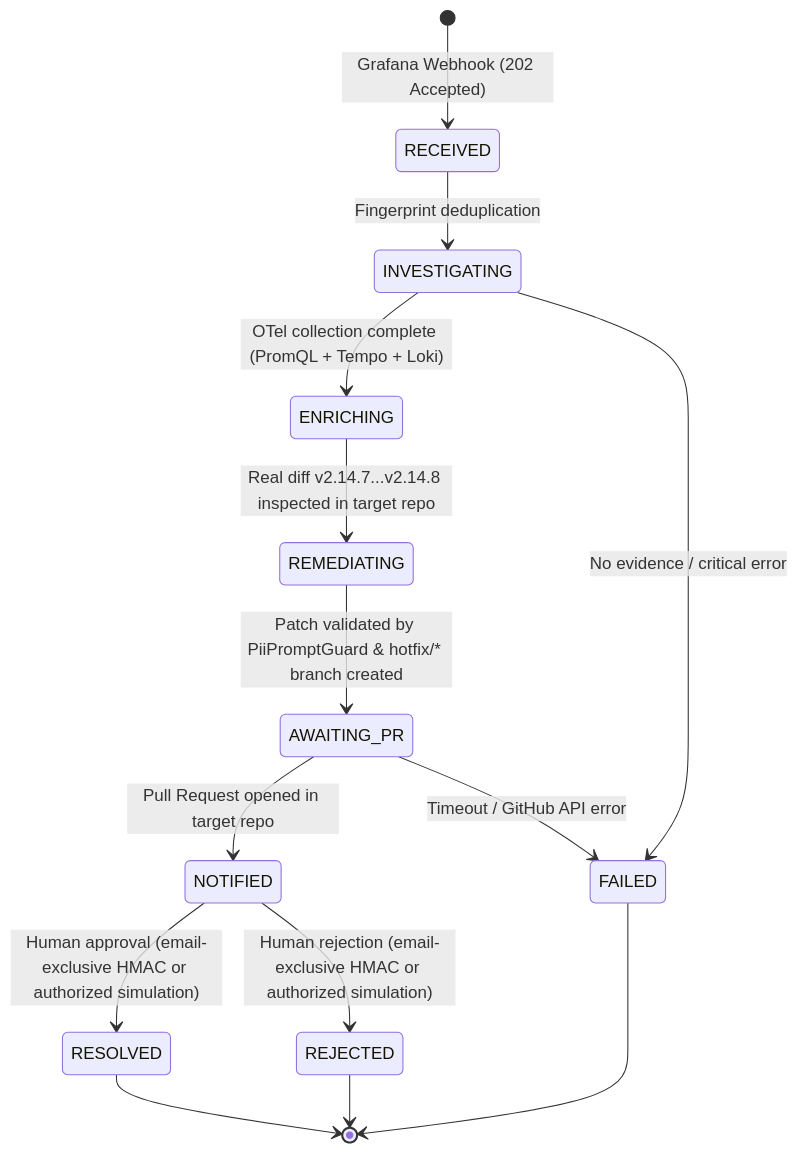
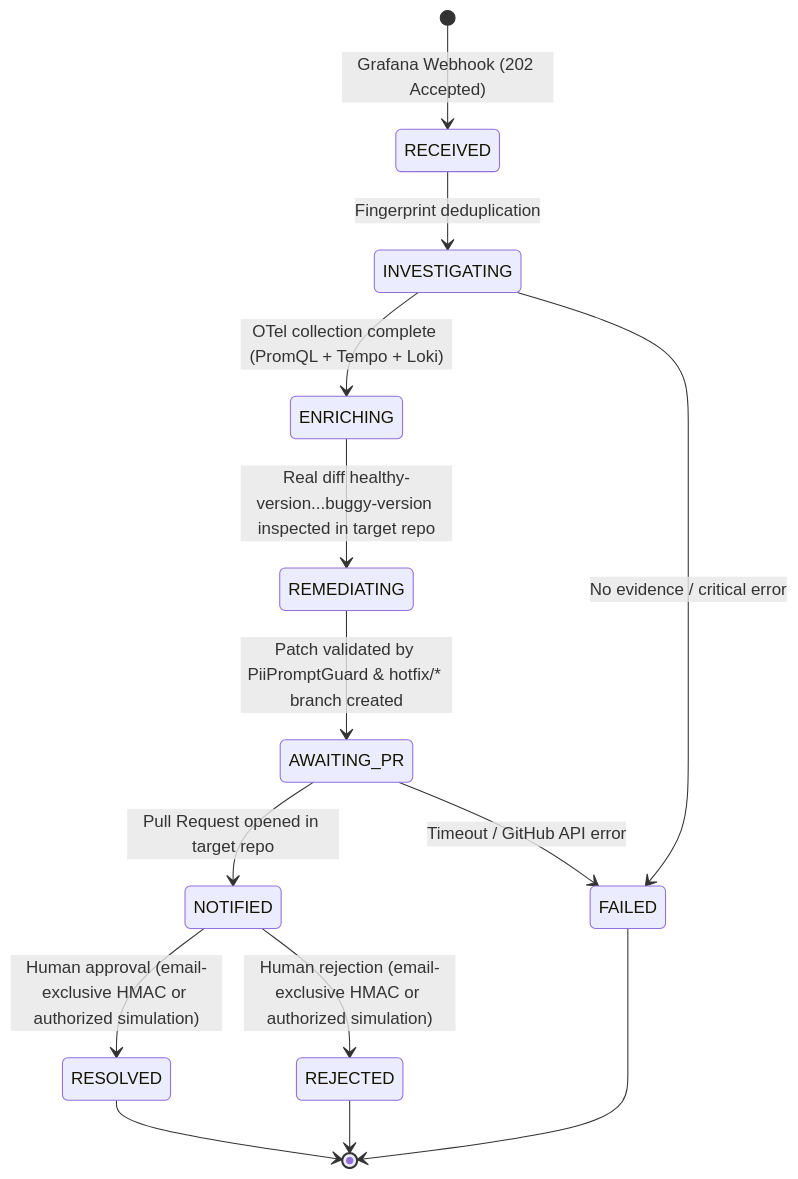
One commit to AdmilsonGoncalves/zeromttr changed the fourth of 5 diagrams in docs/en-US/00_architecture_master.md. Above: the diagram before and after it, drawn with Mermaid. The commit also changed other lines of this file and 75 other files, not shown here.

````diff
--- a/docs/en-US/00_architecture_master.md
+++ b/docs/en-US/00_architecture_master.md
@@ -208,17 +209,17 @@
 ```mermaid
 stateDiagram-v2
     direction TB
     [*] --> RECEIVED: Grafana Webhook (202 Accepted)
     RECEIVED --> INVESTIGATING: Fingerprint deduplication
     INVESTIGATING --> ENRICHING: OTel collection complete (PromQL + Tempo + Loki)
     INVESTIGATING --> FAILED: No evidence / critical error
-    ENRICHING --> REMEDIATING: Real diff v2.14.7...v2.14.8 inspected in target repo
+    ENRICHING --> REMEDIATING: Real diff healthy-version...buggy-version inspected in target repo
     REMEDIATING --> AWAITING_PR: Patch validated by PiiPromptGuard & hotfix/* branch created
     AWAITING_PR --> NOTIFIED: Pull Request opened in target repo
     AWAITING_PR --> FAILED: Timeout / GitHub API error
     NOTIFIED --> RESOLVED: Human approval (email-exclusive HMAC or authorized simulation)
     NOTIFIED --> REJECTED: Human rejection (email-exclusive HMAC or authorized simulation)
     RESOLVED --> [*]
     REJECTED --> [*]
     FAILED --> [*]
 ```
````
